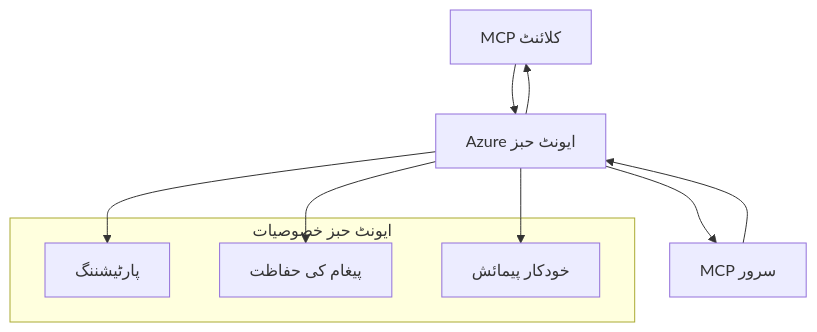
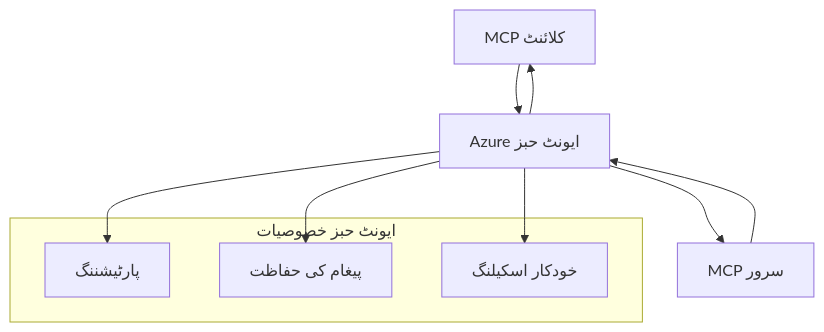
The second of 2 diagrams in mcp_ecosystem__model_context_protocol/mcp_learning_resources/mcp-for-beginners/translations/ur/05-AdvancedTopics/mcp-transport/README.md (HIDORAKAI002/ai-workspace-archive), drawn with Mermaid before and after one commit. The commit also changed other lines of this file and 1046 other files, not shown here.

````diff
--- a/mcp_ecosystem__model_context_protocol/mcp_learning_resources/mcp-for-beginners/translations/ur/05-AdvancedTopics/mcp-transport/README.md
+++ b/mcp_ecosystem__model_context_protocol/mcp_learning_resources/mcp-for-beginners/translations/ur/05-AdvancedTopics/mcp-transport/README.md
@@ -270,17 +272,17 @@
 ```mermaid
 graph TB
     Client[MCP کلائنٹ] --> EH[Azure ایونٹ حبز]
     EH --> Server[MCP سرور]
     Server --> EH
     EH --> Client
     
     subgraph "ایونٹ حبز خصوصیات"
         Partition[پارٹیشننگ]
         Retention[پیغام کی حفاظت]
-        Scaling[خودکار پیمائش]
+        Scaling[خودکار اسکیلنگ]
     end
     
     EH --> Partition
     EH --> Retention
     EH --> Scaling
 ```
````
